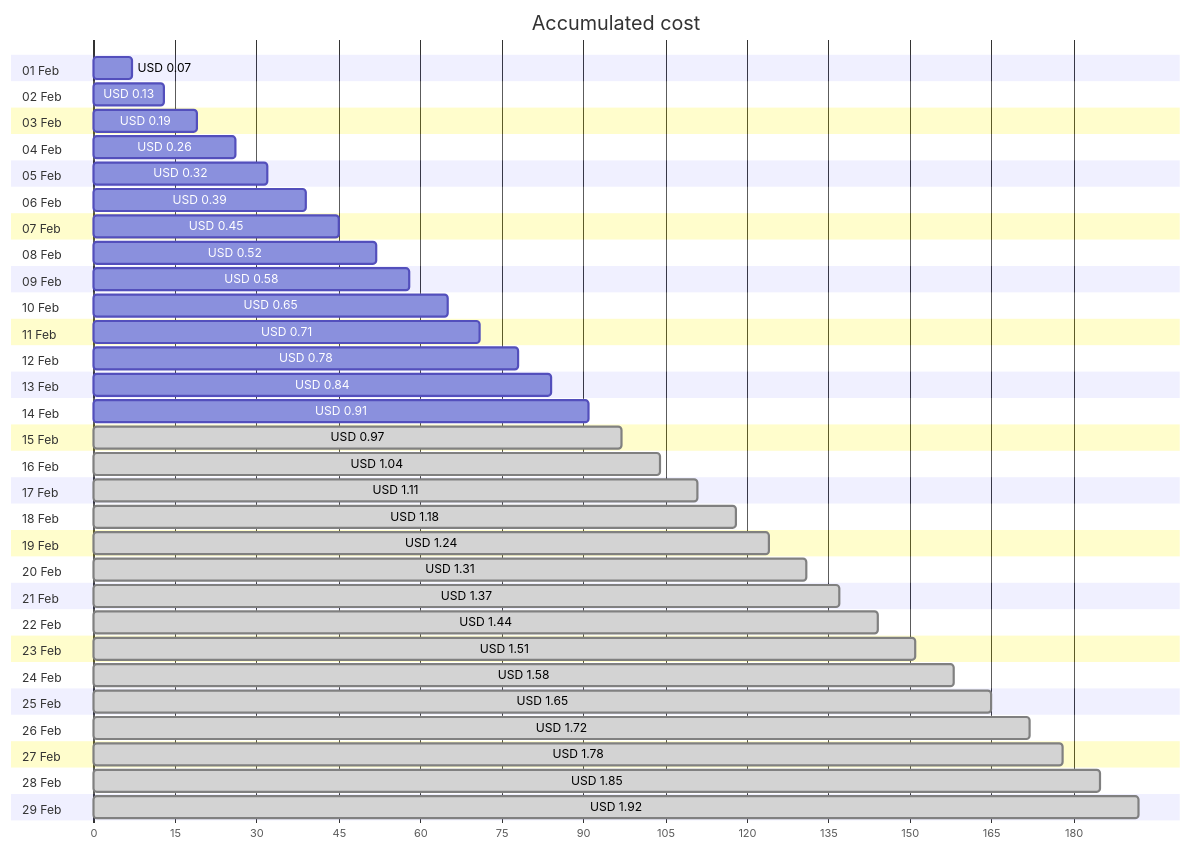
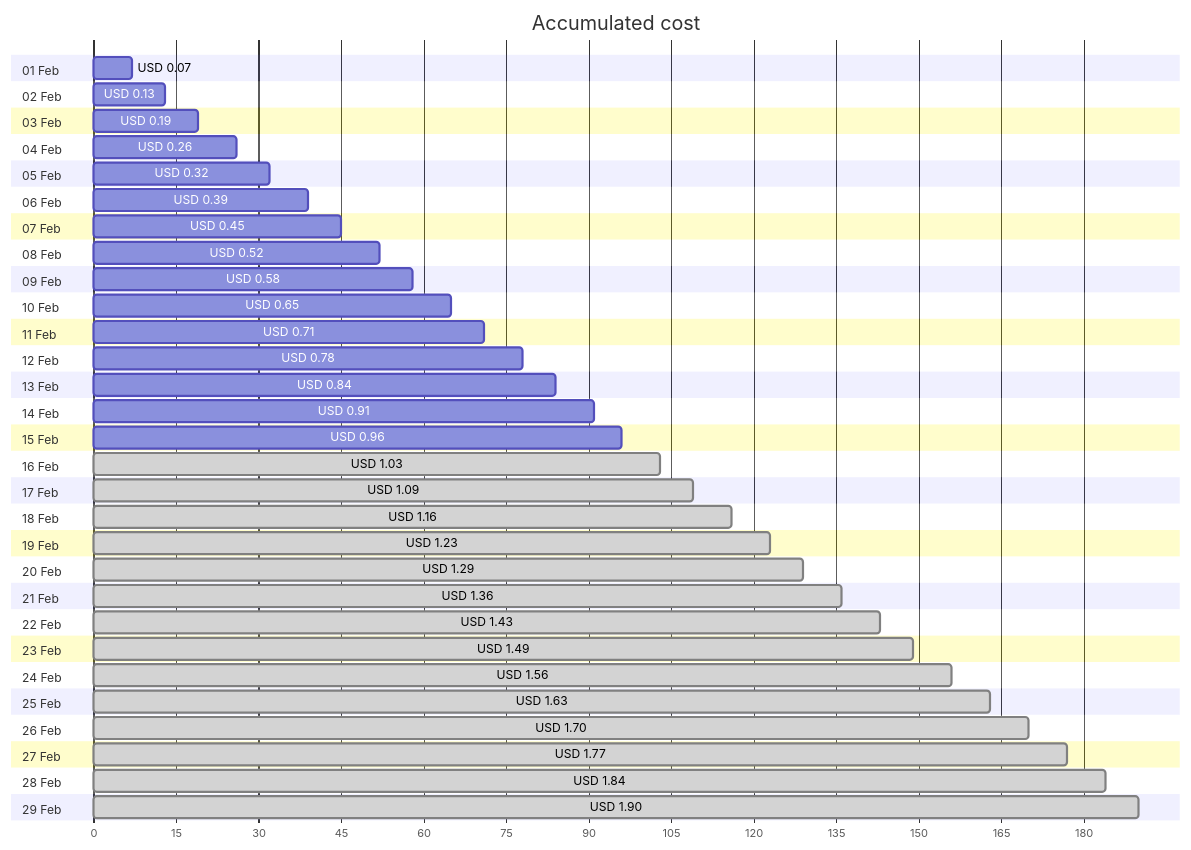
The first of 4 diagrams in cost-reports/personal-network/backup-server_OsDisk.md (jpfulton/azure-personal-reports), drawn with Mermaid before and after one commit. The commit also changed other lines of this file and 8 other files, not shown here.

````diff
--- a/cost-reports/personal-network/backup-server_OsDisk.md
+++ b/cost-reports/personal-network/backup-server_OsDisk.md
@@ -20,64 +20,64 @@
 ```mermaid
 gantt
    title Accumulated cost
    dateFormat  X
    axisFormat %s
    section 01 Feb
    USD 0.07 :0, 7
    section 02 Feb
    USD 0.13 :0, 13
    section 03 Feb
    USD 0.19 :0, 19
    section 04 Feb
    USD 0.26 :0, 26
    section 05 Feb
    USD 0.32 :0, 32
    section 06 Feb
    USD 0.39 :0, 39
    section 07 Feb
    USD 0.45 :0, 45
    section 08 Feb
    USD 0.52 :0, 52
    section 09 Feb
    USD 0.58 :0, 58
    section 10 Feb
    USD 0.65 :0, 65
    section 11 Feb
    USD 0.71 :0, 71
    section 12 Feb
    USD 0.78 :0, 78
    section 13 Feb
    USD 0.84 :0, 84
    section 14 Feb
    USD 0.91 :0, 91
    section 15 Feb
-   USD 0.97 : done, 0, 97
+   USD 0.96 :0, 96
    section 16 Feb
-   USD 1.04 : done, 0, 104
+   USD 1.03 : done, 0, 103
    section 17 Feb
-   USD 1.11 : done, 0, 111
+   USD 1.09 : done, 0, 109
    section 18 Feb
-   USD 1.18 : done, 0, 118
+   USD 1.16 : done, 0, 116
    section 19 Feb
-   USD 1.24 : done, 0, 124
+   USD 1.23 : done, 0, 123
    section 20 Feb
-   USD 1.31 : done, 0, 131
+   USD 1.29 : done, 0, 129
    section 21 Feb
-   USD 1.37 : done, 0, 137
+   USD 1.36 : done, 0, 136
    section 22 Feb
-   USD 1.44 : done, 0, 144
+   USD 1.43 : done, 0, 143
    section 23 Feb
-   USD 1.51 : done, 0, 151
+   USD 1.49 : done, 0, 149
    section 24 Feb
-   USD 1.58 : done, 0, 158
+   USD 1.56 : done, 0, 156
    section 25 Feb
-   USD 1.65 : done, 0, 165
+   USD 1.63 : done, 0, 163
    section 26 Feb
-   USD 1.72 : done, 0, 172
+   USD 1.70 : done, 0, 170
    section 27 Feb
-   USD 1.78 : done, 0, 178
+   USD 1.77 : done, 0, 177
    section 28 Feb
-   USD 1.85 : done, 0, 185
+   USD 1.84 : done, 0, 184
    section 29 Feb
-   USD 1.92 : done, 0, 192
+   USD 1.90 : done, 0, 190
 ```
````
